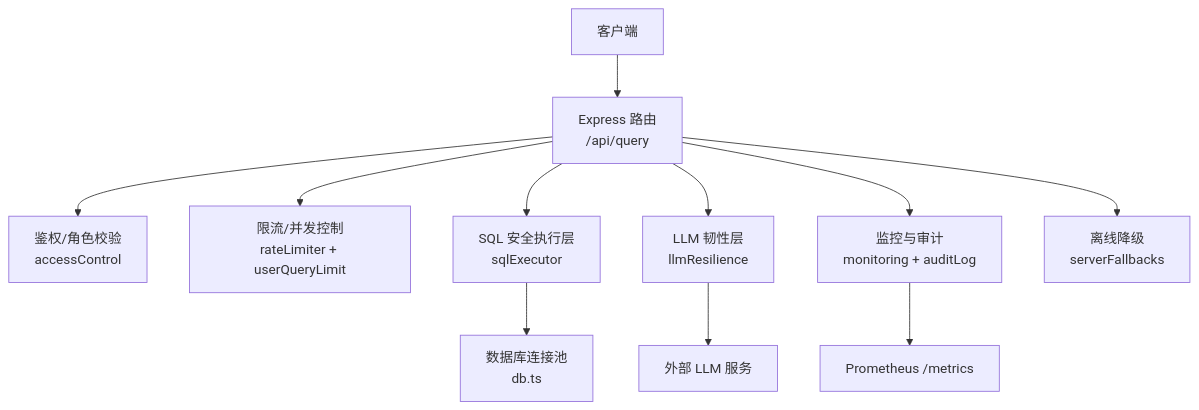
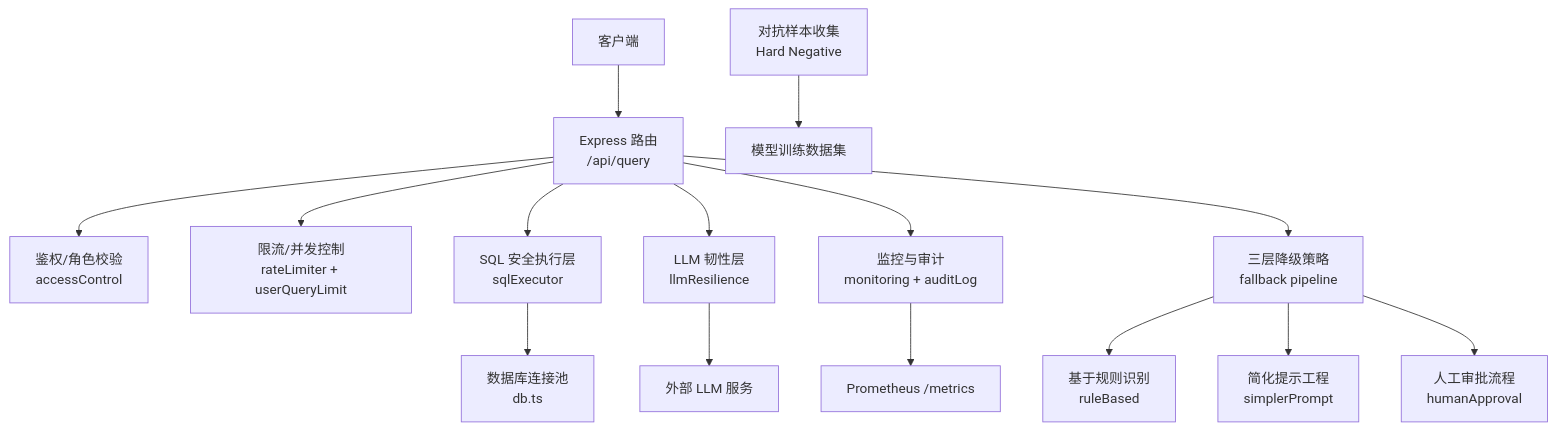
The first of 9 diagrams in .qoder/repowiki/zh/content/后端服务/API设计与规范/错误处理策略.md (dgjin/smart-data-analytics), drawn with Mermaid before and after one commit. The commit also changed other lines of this file and 10 other files, not shown here.

First line of the commit message:
feat(query): Strategy C Human Approval 人工审核队列（v0.9.45）

````diff
--- a/.qoder/repowiki/zh/content/后端服务/API设计与规范/错误处理策略.md
+++ b/.qoder/repowiki/zh/content/后端服务/API设计与规范/错误处理策略.md
@@ -41,13 +56,17 @@
 ```mermaid
 graph TB
 A["客户端"] --> B["Express 路由<br/>/api/query"]
 B --> C["鉴权/角色校验<br/>accessControl"]
 B --> D["限流/并发控制<br/>rateLimiter + userQueryLimit"]
 B --> E["SQL 安全执行层<br/>sqlExecutor"]
 B --> F["LLM 韧性层<br/>llmResilience"]
 B --> G["监控与审计<br/>monitoring + auditLog"]
-B --> H["离线降级<br/>serverFallbacks"]
-E --> I["数据库连接池<br/>db.ts"]
-F --> J["外部 LLM 服务"]
-G --> K["Prometheus /metrics"]
+B --> H["三层降级策略<br/>fallback pipeline"]
+H --> I["基于规则识别<br/>ruleBased"]
+H --> J["简化提示工程<br/>simplerPrompt"]
+H --> K["人工审批流程<br/>humanApproval"]
+E --> L["数据库连接池<br/>db.ts"]
+F --> M["外部 LLM 服务"]
+G --> N["Prometheus /metrics"]
+O["对抗样本收集<br/>Hard Negative"] --> P["模型训练数据集"]
 ```
````
